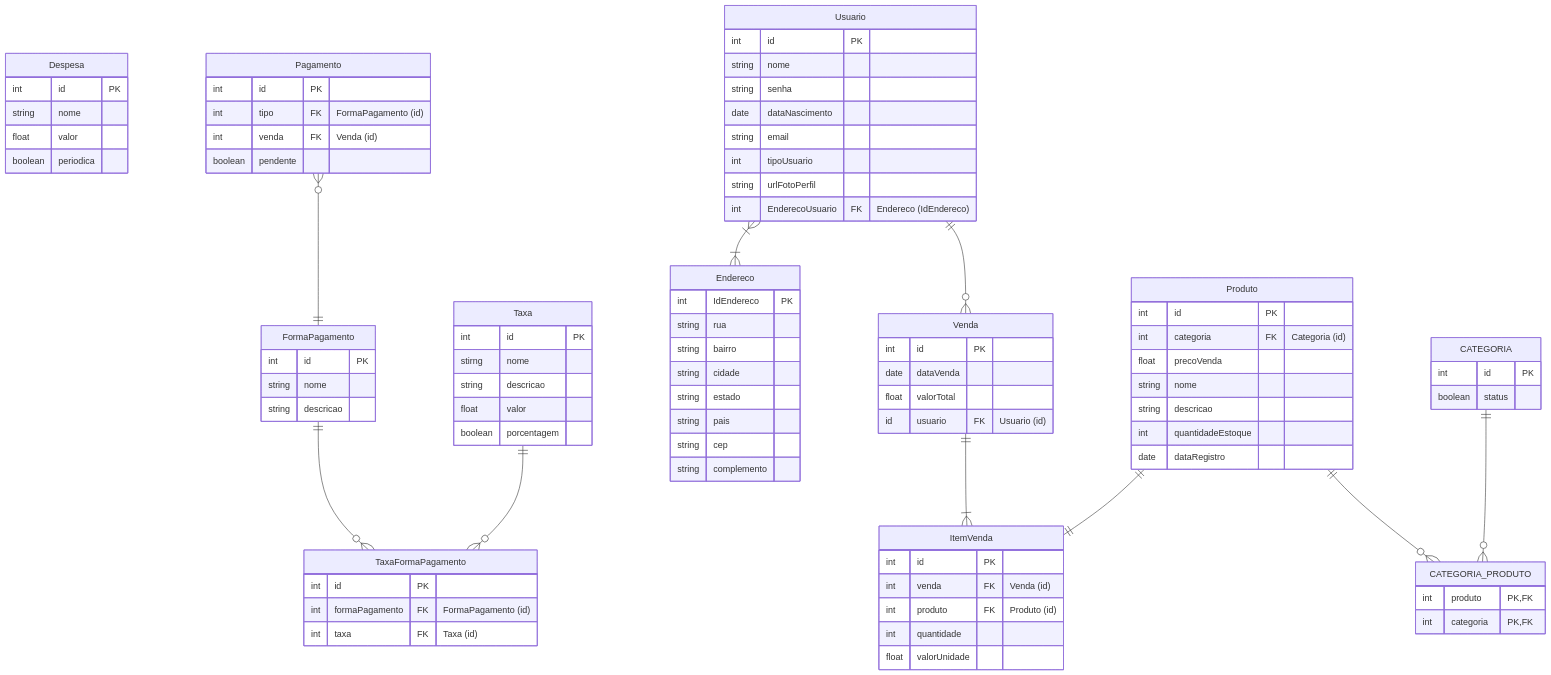
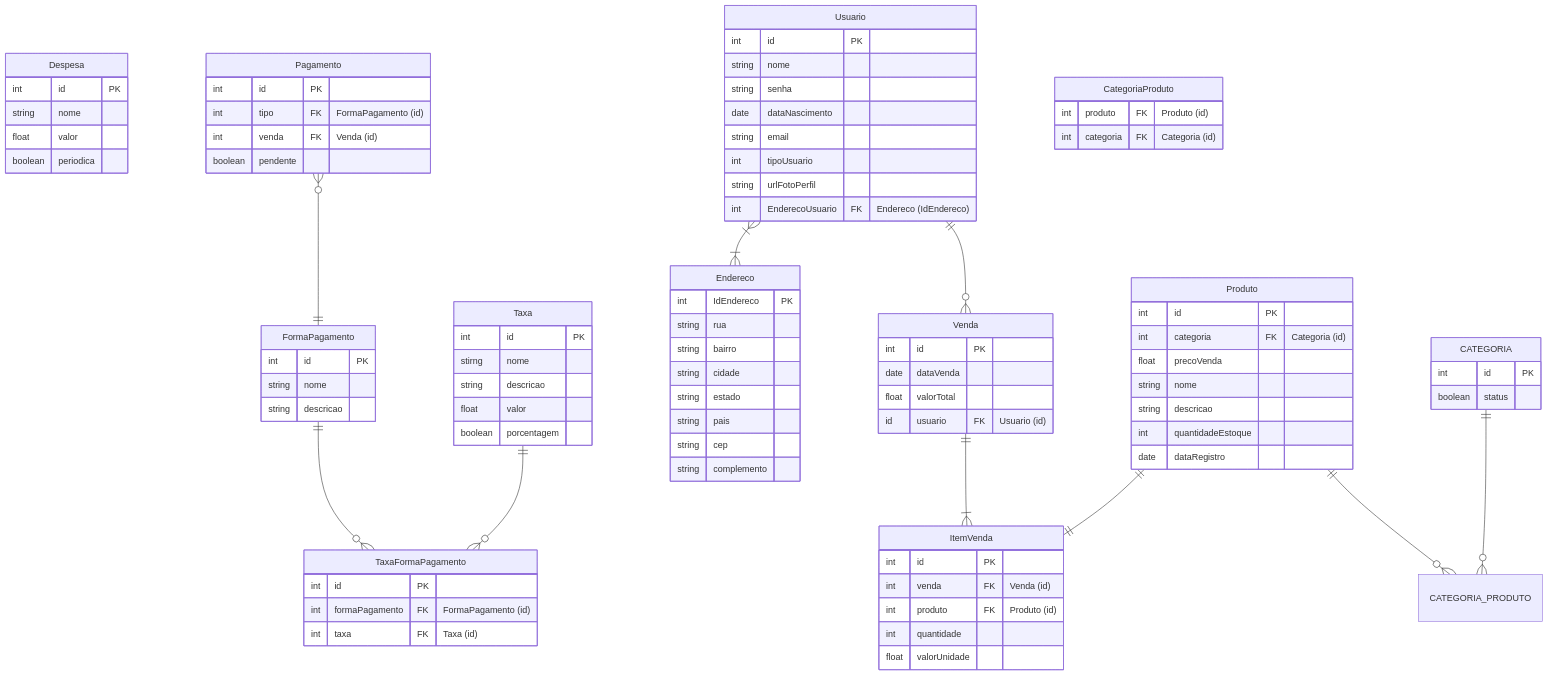
One commit to Control-Cash/controlcash changed the diagram in docs/documento-de-modelos.md. Above: the diagram before and after it, drawn with Mermaid.

Commit message:
definindo atributos da tabela categoriaProduto #31

```diff
--- a/docs/documento-de-modelos.md
+++ b/docs/documento-de-modelos.md
@@ -86,6 +86,11 @@
   int quantidadeEstoque
   date dataRegistro
 }
+
+CategoriaProduto {
+  int produto FK "Produto (id)"
+  int categoria FK "Categoria (id)"
+}
   
   %% conexões
   Pagamento }o--|| FormaPagamento : ""
@@ -101,12 +106,6 @@
   %% daqui até a linha com as três aspas são apenas exemplos, a pessoa que vai
   %% implementar essas tabelas pode excluir essas linhas para implementar sua
   %% própria versão
-  
-
-  CATEGORIA_PRODUTO {
-    int produto PK, FK
-    int categoria PK, FK
-  }
 
   CATEGORIA {
     int id PK
```
